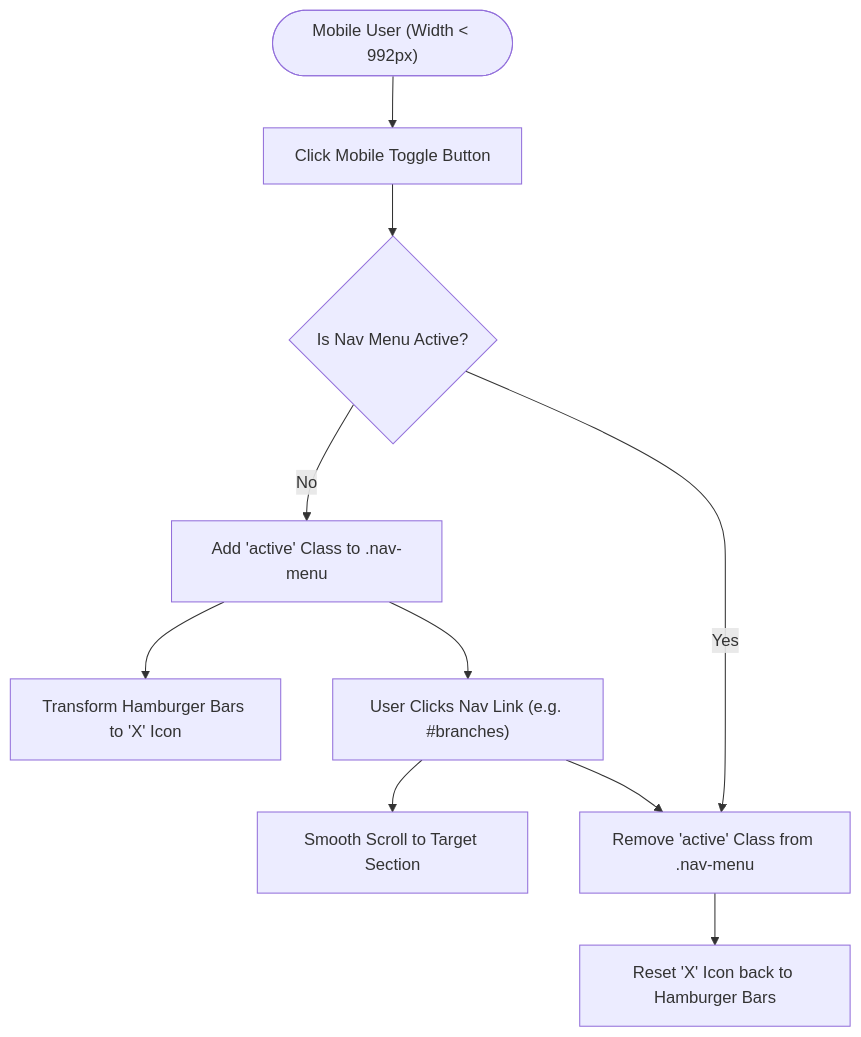
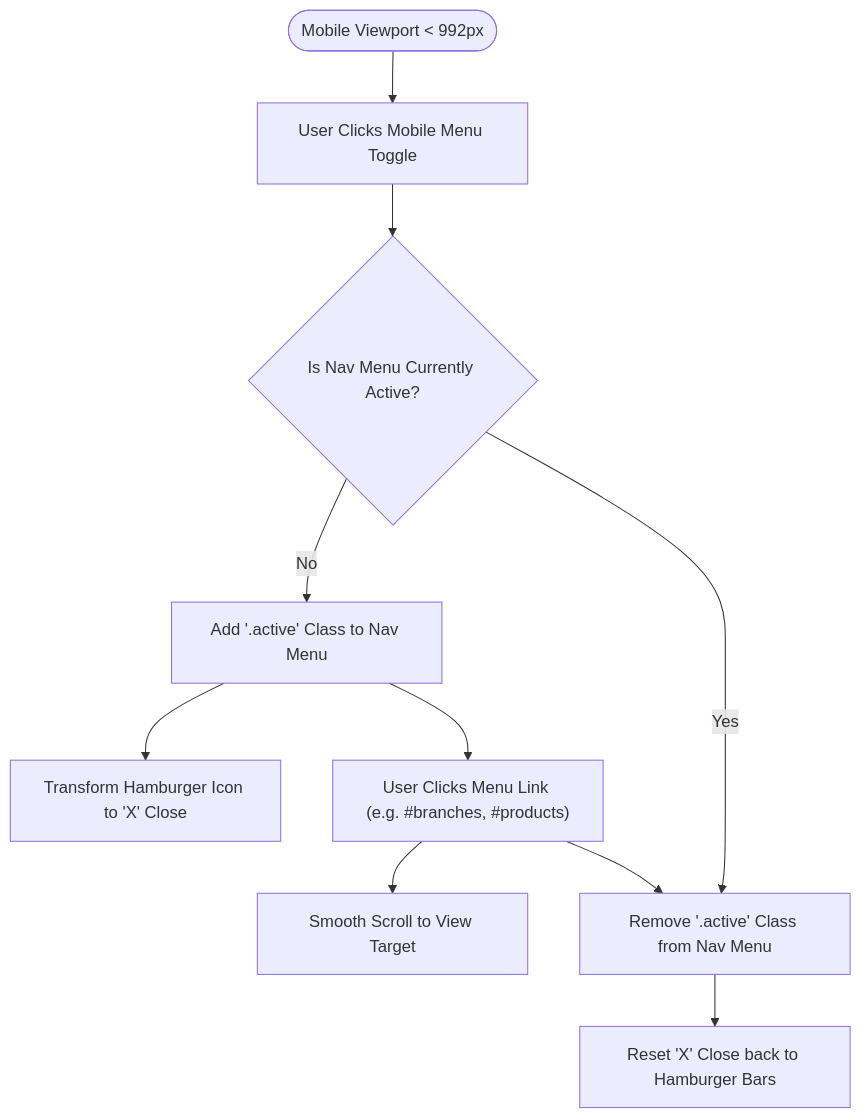
The fourth of 6 diagrams in FLOW.md (jainish09/southan_impex), drawn with Mermaid before and after one commit. The commit also changed other lines of this file and 13 other files, not shown here.

````diff
--- a/FLOW.md
+++ b/FLOW.md
@@ -96,16 +99,16 @@
 ```mermaid
 flowchart TD
-    MobileUser(["Mobile User (Width < 992px)"]) --> ClickHamburger["Click Mobile Toggle Button"]
+    MobileUser(["Mobile Viewport < 992px"]) --> ClickHamburger["User Clicks Mobile Menu Toggle"]
     
-    ClickHamburger --> CheckState{"Is Nav Menu Active?"}
+    ClickHamburger --> CheckState{"Is Nav Menu Currently Active?"}
     
-    CheckState -->|"No"| OpenMenu["Add 'active' Class to .nav-menu"]
-    OpenMenu --> TransformIcon["Transform Hamburger Bars to 'X' Icon"]
+    CheckState -->|"No"| OpenMenu["Add '.active' Class to Nav Menu"]
+    OpenMenu --> TransformIcon["Transform Hamburger Icon to 'X' Close"]
     
-    CheckState -->|"Yes"| CloseMenu["Remove 'active' Class from .nav-menu"]
-    CloseMenu --> ResetIcon["Reset 'X' Icon back to Hamburger Bars"]
+    CheckState -->|"Yes"| CloseMenu["Remove '.active' Class from Nav Menu"]
+    CloseMenu --> ResetIcon["Reset 'X' Close back to Hamburger Bars"]
     
-    OpenMenu --> UserSelectLink["User Clicks Nav Link (e.g. #branches)"]
-    UserSelectLink --> SmoothScroll["Smooth Scroll to Target Section"]
+    OpenMenu --> UserSelectLink["User Clicks Menu Link (e.g. #branches, #products)"]
+    UserSelectLink --> SmoothScroll["Smooth Scroll to View Target"]
     UserSelectLink --> CloseMenu
 ```
````
